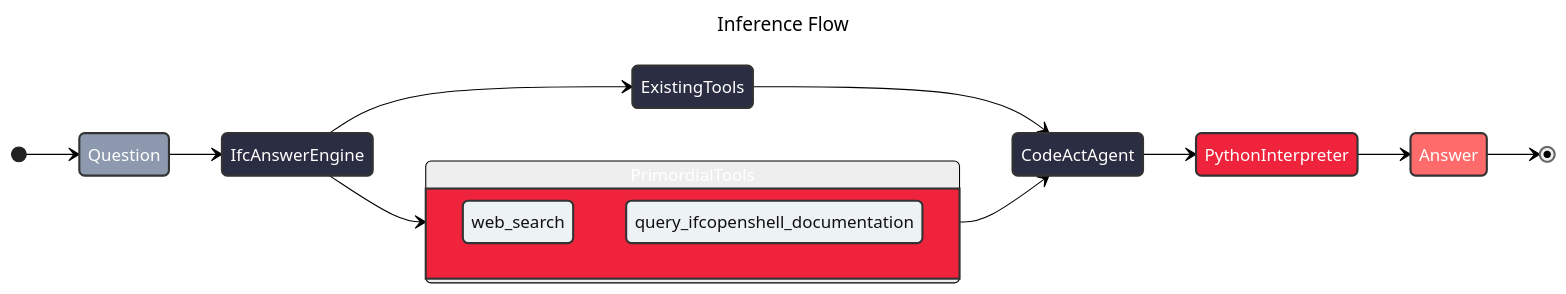
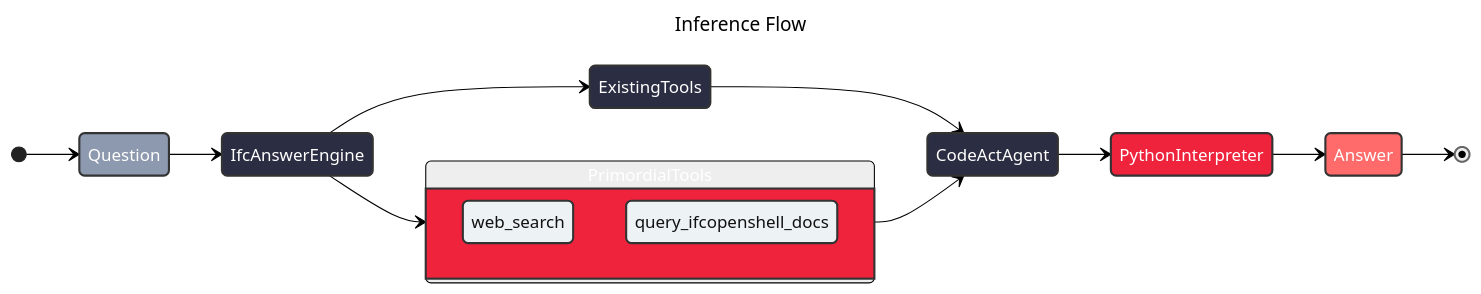
The third of 3 diagrams in README.md (sylvainHellin/cobbie), drawn with Mermaid before and after one commit. The commit also changed 16 other files, not shown here.

Commit message:
moved from local db to context7 for query_ifcopenshell_doc

````diff
--- a/README.md
+++ b/README.md
@@ -263,36 +263,36 @@
 ```mermaid
 ---
 title: Inference Flow
 config:
   theme: neutral
 ---
 
 stateDiagram-v2
     direction LR
     classDef input fill:#8d99ae,stroke:#333,stroke-width:2px,color:#fff
     classDef module fill:#2b2d42,stroke:#333,stroke-width:2px,color:#fff
     classDef condition fill:#ef233c,stroke:#333,stroke-width:2px,color:#fff
     classDef output fill:#ff6b6b,stroke:#333,stroke-width:2px,color:#fff
     classDef state fill:#edf2f4,stroke:#333,stroke-width:2px
 
     [*] --> Question
     Question --> IfcAnswerEngine
     IfcAnswerEngine --> ExistingTools
     IfcAnswerEngine --> PrimordialTools
     ExistingTools --> CodeActAgent
     PrimordialTools --> CodeActAgent
     CodeActAgent --> PythonInterpreter
     PythonInterpreter --> Answer
     Answer --> [*]
 
     state PrimordialTools {
         state "web_search" as WS
-        state "query_ifcopenshell_documentation" as QID
+        state "query_ifcopenshell_docs" as QID
     }
 
     class Question input
     class IfcAnswerEngine,CodeActAgent,ExistingTools module
     class PrimordialTools,PythonInterpreter condition
     class Answer output
     class WS,QID state
 ```
````
